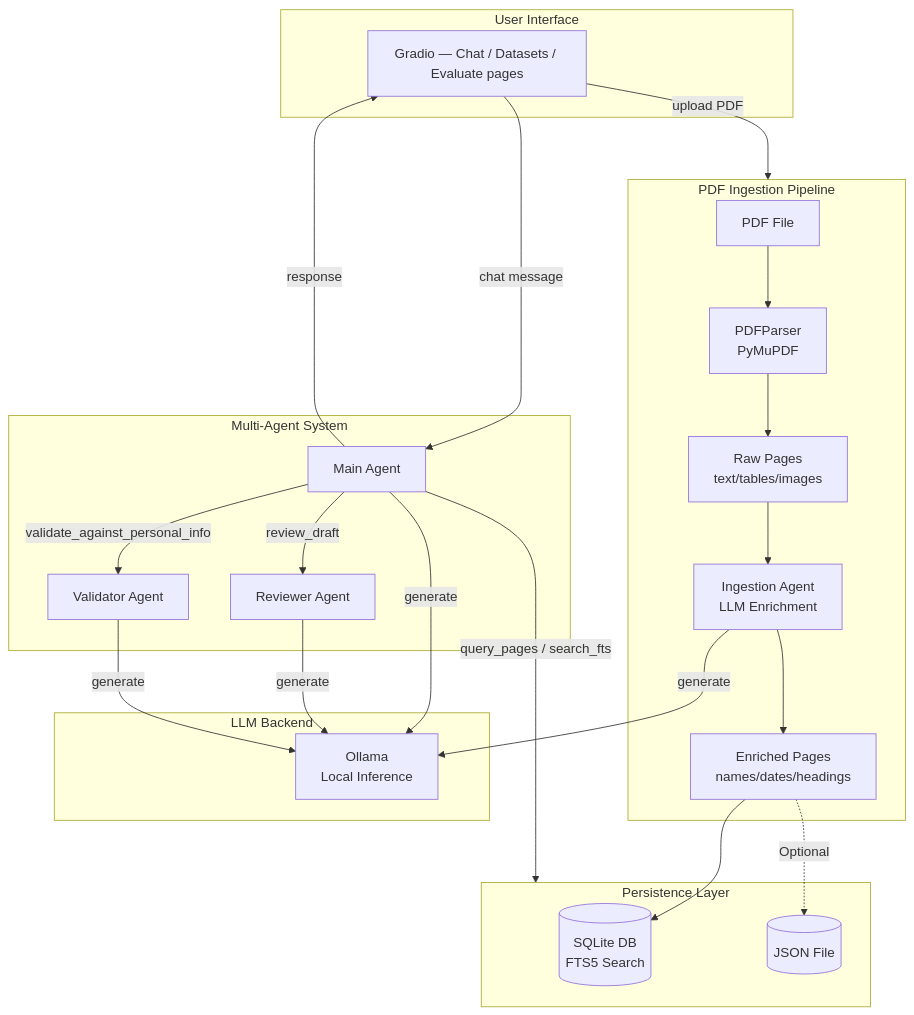
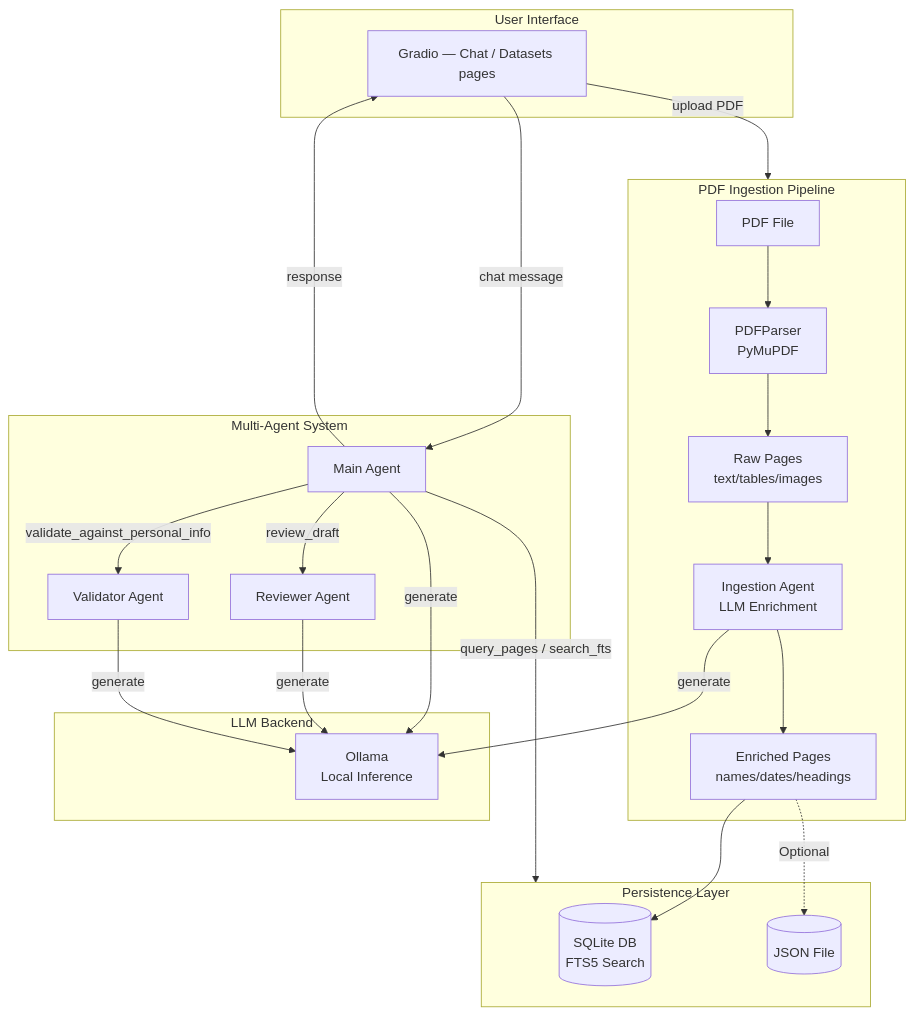
Before and after one commit to dallal9/Doc2Agent: the diagram in README.md, drawn with Mermaid. The commit also changed other lines of this file and 5 other files, not shown here.

````diff
--- a/README.md
+++ b/README.md
@@ -122,39 +121,39 @@
 ```mermaid
 flowchart TB
     subgraph UI[User Interface]
-        GR[Gradio — Chat / Datasets / Evaluate pages]
+        GR[Gradio — Chat / Datasets pages]
     end
 
     subgraph Ingestion[PDF Ingestion Pipeline]
         PDF[PDF File] --> Parser[PDFParser<br/>PyMuPDF]
         Parser --> RawPages[Raw Pages<br/>text/tables/images]
         RawPages --> IngAgent[Ingestion Agent<br/>LLM Enrichment]
         IngAgent --> EnrichedPages[Enriched Pages<br/>names/dates/headings]
     end
 
     subgraph Storage[Persistence Layer]
         EnrichedPages --> SQLite[(SQLite DB<br/>FTS5 Search)]
         EnrichedPages -.->|Optional| JSON[(JSON File)]
     end
 
     subgraph Agents[Multi-Agent System]
         Main[Main Agent]
         Reviewer[Reviewer Agent]
         Validator[Validator Agent]
         Main -->|review_draft| Reviewer
         Main -->|validate_against_personal_info| Validator
     end
 
     subgraph LLM[LLM Backend]
         Ollama[Ollama<br/>Local Inference]
     end
 
     GR -->|upload PDF| Ingestion
     GR -->|chat message| Main
     Main -->|query_pages / search_fts| Storage
     Main -->|generate| Ollama
     Reviewer -->|generate| Ollama
     Validator -->|generate| Ollama
     IngAgent -->|generate| Ollama
     Main -->|response| GR
 ```
````
